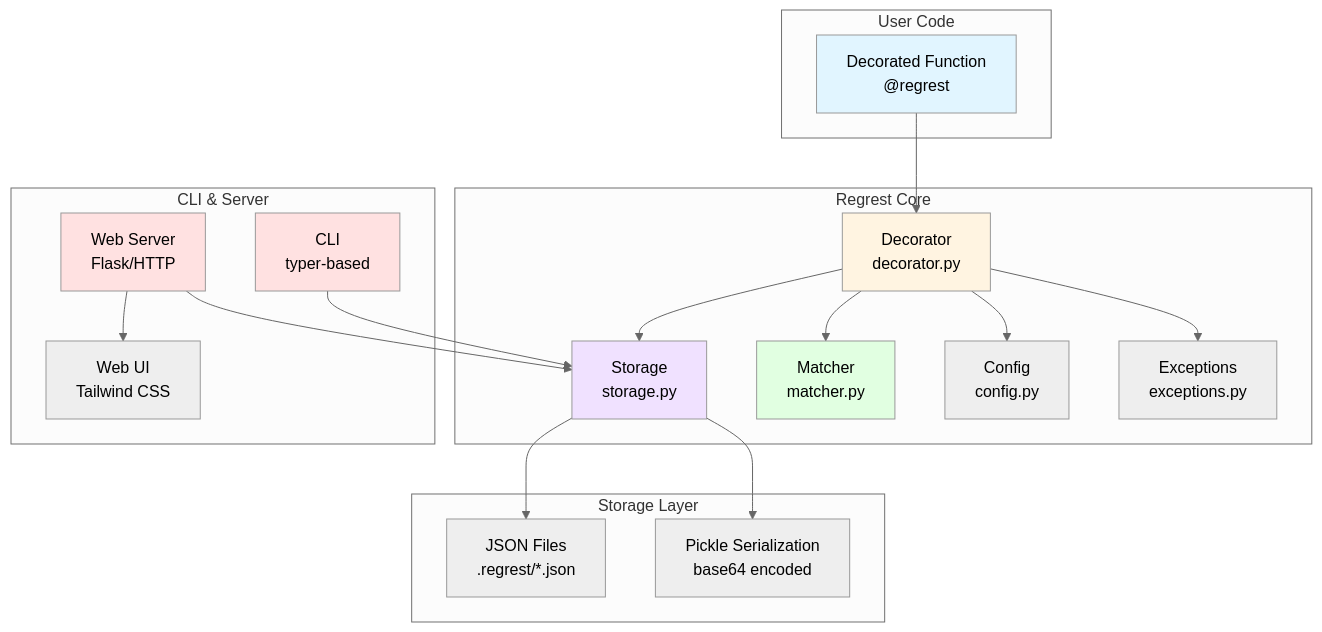
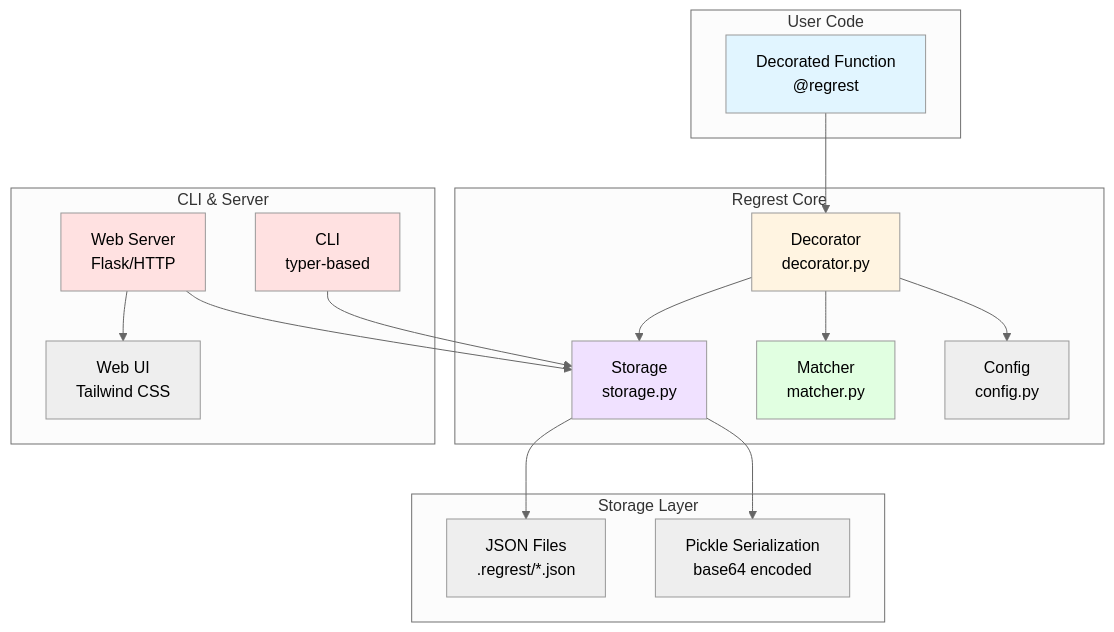
The diagram in README.md (eycjur/regrest), drawn with Mermaid (neutral theme) before and after one commit. The commit also changed other lines of this file and 3 other files, not shown here.

````diff
--- a/README.md
+++ b/README.md
@@ -133,43 +216,41 @@
 ```mermaid
 graph TB
     subgraph "User Code"
         A[Decorated Function<br/>@regrest]
     end
 
     subgraph "Regrest Core"
         B[Decorator<br/>decorator.py]
         C[Storage<br/>storage.py]
         D[Matcher<br/>matcher.py]
         E[Config<br/>config.py]
-        F[Exceptions<br/>exceptions.py]
     end
 
     subgraph "Storage Layer"
-        G[JSON Files<br/>.regrest/*.json]
-        H[Pickle Serialization<br/>base64 encoded]
+        F[JSON Files<br/>.regrest/*.json]
+        G[Pickle Serialization<br/>base64 encoded]
     end
 
     subgraph "CLI & Server"
-        I[CLI<br/>typer-based]
-        J[Web Server<br/>Flask/HTTP]
-        K[Web UI<br/>Tailwind CSS]
+        H[CLI<br/>typer-based]
+        I[Web Server<br/>Flask/HTTP]
+        J[Web UI<br/>Tailwind CSS]
     end
 
     A --> B
     B --> C
     B --> D
     B --> E
-    B --> F
+    C --> F
     C --> G
-    C --> H
+    H --> C
     I --> C
-    J --> C
-    J --> K
+    I --> J
 
     style A fill:#e1f5ff
     style B fill:#fff4e1
     style C fill:#f0e1ff
     style D fill:#e1ffe1
+    style H fill:#ffe1e1
     style I fill:#ffe1e1
-    style J fill:#ffe1e1
 ```
````
